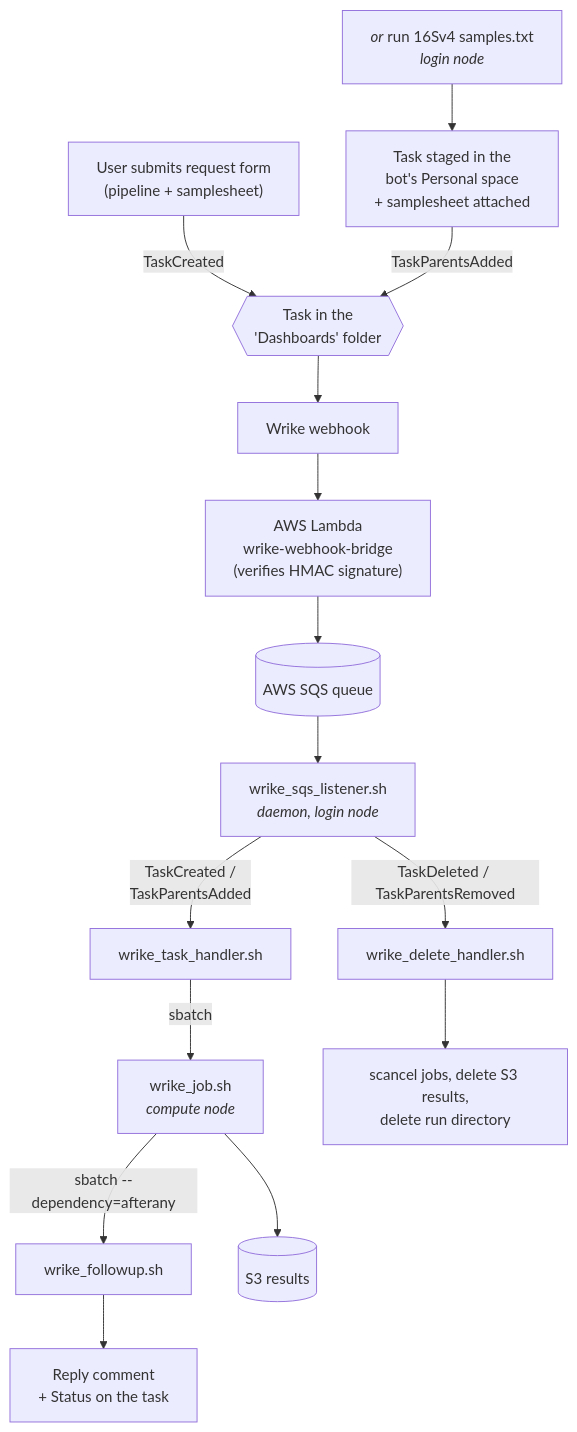
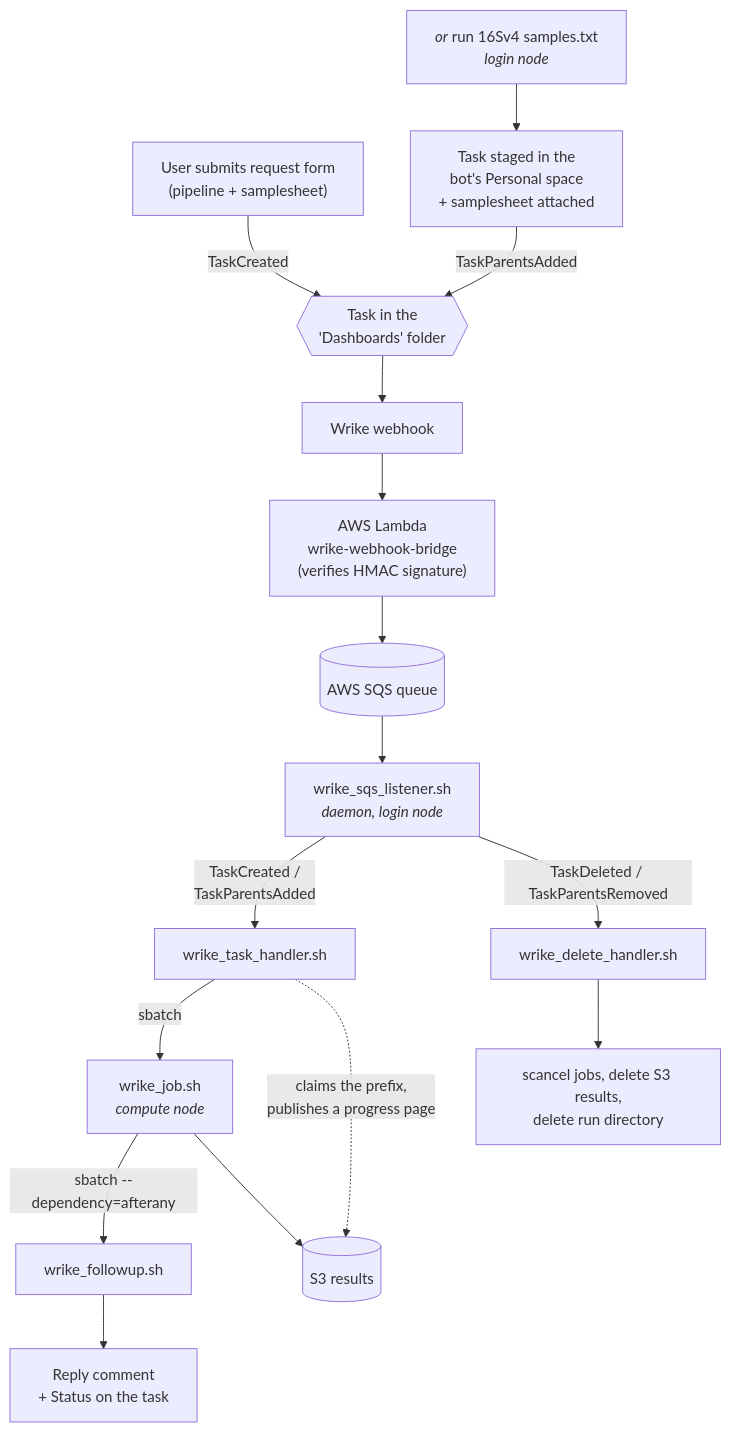
Before and after one commit to cmmr/nextflow: the diagram in README.md, drawn with Mermaid. The commit also changed other lines of this file and 16 other files, not shown here.

````diff
--- a/README.md
+++ b/README.md
@@ -19,17 +19,18 @@
 ```mermaid
 flowchart TD
     U["User submits request form<br/>(pipeline + samplesheet)"] -->|TaskCreated| T{{"Task in the<br/>'Dashboards' folder"}}
     CLI["<i>or</i> run 16Sv4 samples.txt<br/><i>login node</i>"] --> ST["Task staged in the<br/>bot's Personal space<br/>+ samplesheet attached"]
     ST -->|TaskParentsAdded| T
     T --> W[Wrike webhook]
     W --> L["AWS Lambda<br/>wrike-webhook-bridge<br/>(verifies HMAC signature)"]
     L --> Q[(AWS SQS queue)]
     Q --> D["wrike_sqs_listener.sh<br/><i>daemon, login node</i>"]
     D -->|"TaskCreated /<br/>TaskParentsAdded"| C[wrike_task_handler.sh]
     D -->|TaskDeleted / TaskParentsRemoved| X[wrike_delete_handler.sh]
     C -->|sbatch| J["wrike_job.sh<br/><i>compute node</i>"]
     J -->|"sbatch --dependency=afterany"| F[wrike_followup.sh]
-    J --> S3[(S3 results)]
+    C -.->|"claims the prefix,<br/>publishes a progress page"| S3[(S3 results)]
+    J --> S3
     F --> R["Reply comment<br/>+ Status on the task"]
     X --> CL["scancel jobs, delete S3 results,<br/>delete run directory"]
 ```
````
